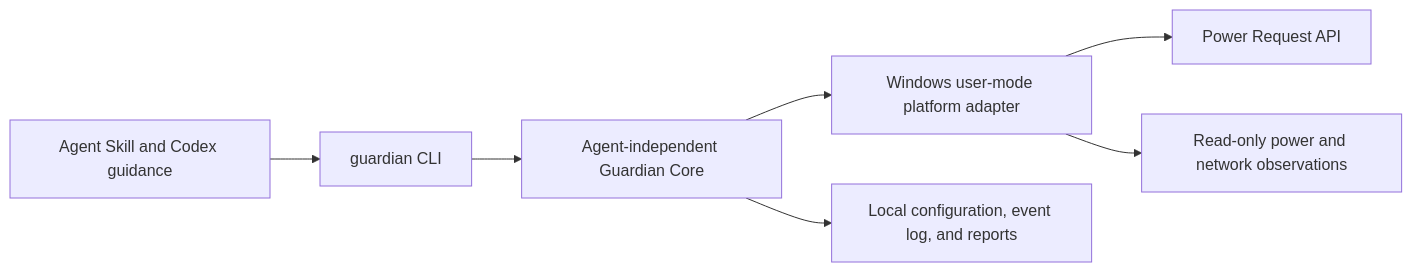
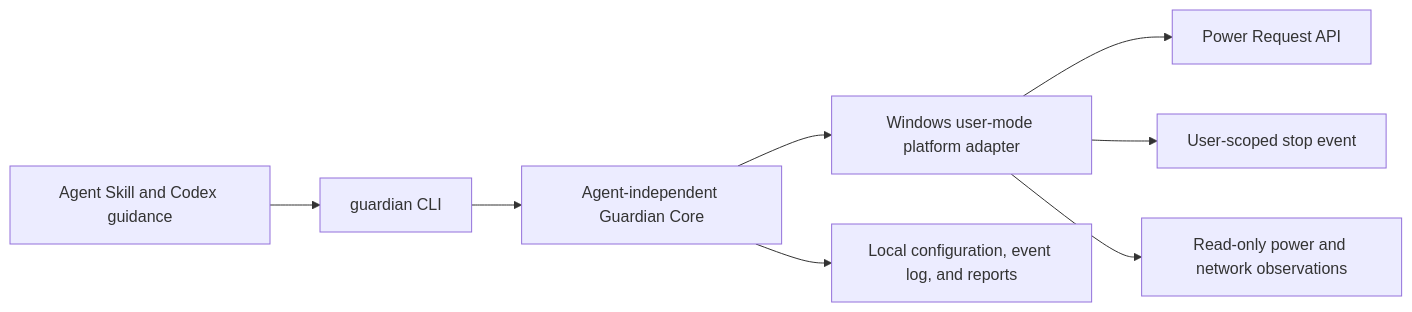
The diagram in docs/architecture/overview.md (abdulrahmansad/agent-guardian), drawn with Mermaid before and after one commit. The commit also changed other lines of this file and 12 other files, not shown here.

Commit message:
Add guarded user-session stop command

````diff
--- a/docs/architecture/overview.md
+++ b/docs/architecture/overview.md
@@ -5,9 +5,10 @@
 ```mermaid
 flowchart LR
   Skill[Agent Skill and Codex guidance] --> CLI[guardian CLI]
   CLI --> Core[Agent-independent Guardian Core]
   Core --> Win[Windows user-mode platform adapter]
   Core --> Local[Local configuration, event log, and reports]
   Win --> Power[Power Request API]
+  Win --> Stop[User-scoped stop event]
   Win --> Observe[Read-only power and network observations]
 ```
````
